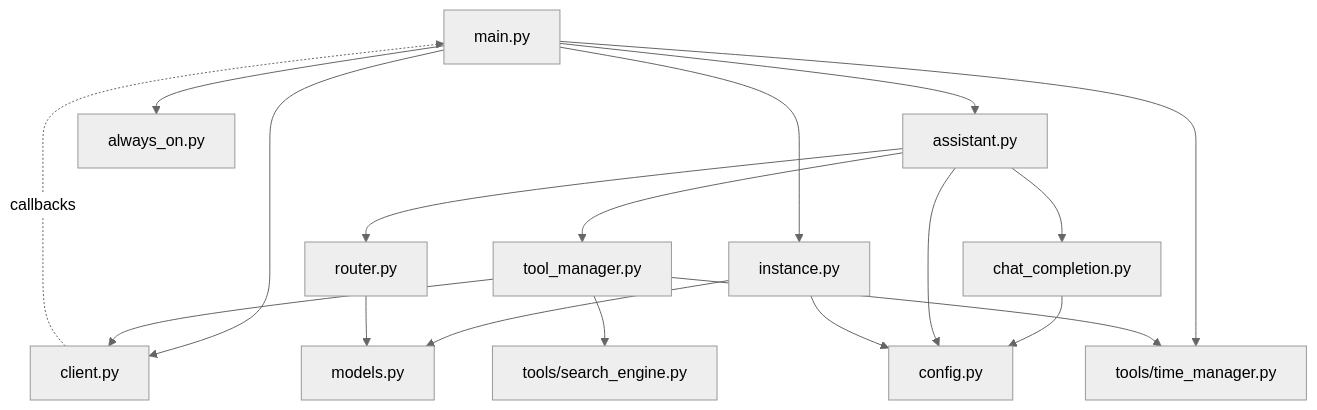
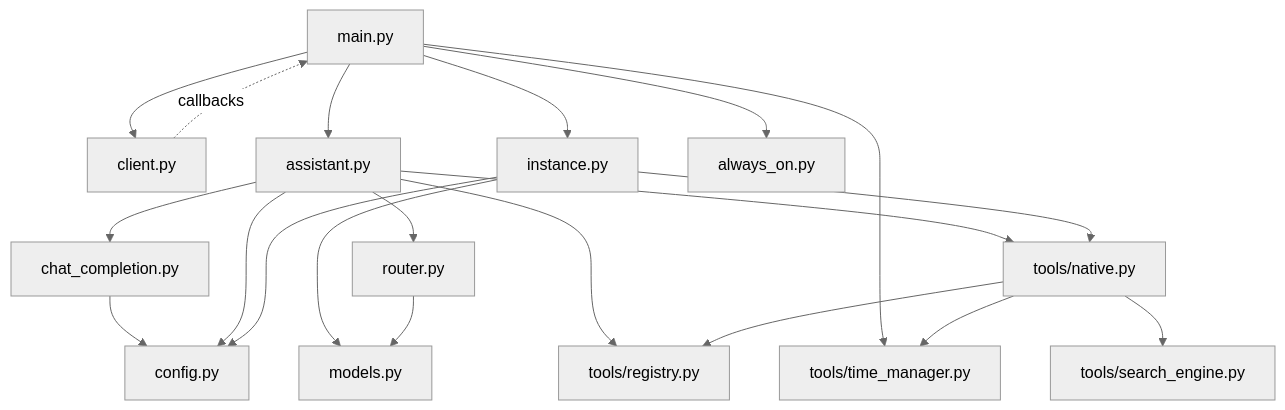
One commit to rayhan-nurdjaman/RotBot changed the first of 2 diagrams in docs/architecture.md. Above: the diagram before and after it, drawn with Mermaid (neutral theme). The commit also changed other lines of this file and 23 other files, not shown here.

First line of the commit message:
Add a tool registry with generated schemas and ToolContext (#15)

````diff
--- a/docs/architecture.md
+++ b/docs/architecture.md
@@ -28,20 +29,22 @@
 ```mermaid
 flowchart TD
     main[main.py] --> client[client.py]
     main --> assistant[assistant.py]
     main --> instance[instance.py]
     main --> always_on[always_on.py]
     main --> time_manager[tools/time_manager.py]
     client -. callbacks .-> main
     assistant --> chat_completion[chat_completion.py]
     assistant --> router[router.py]
-    assistant --> tool_manager[tool_manager.py]
-    tool_manager --> client
-    tool_manager --> time_manager
-    tool_manager --> search_engine[tools/search_engine.py]
+    assistant --> registry[tools/registry.py]
+    assistant --> native[tools/native.py]
+    instance --> native
+    native --> registry
+    native --> time_manager
+    native --> search_engine[tools/search_engine.py]
     instance --> models[models.py]
     router --> models
     chat_completion --> config[config.py]
     assistant --> config
     instance --> config
 ```
````
